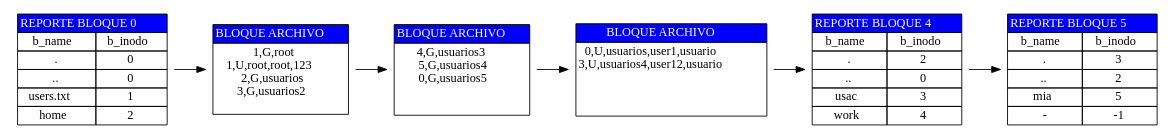
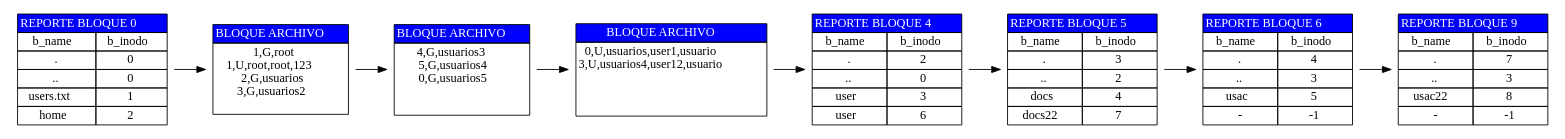
The diagram in server/src/salida/block.dot (miguel-tubac/MIA_1S2025_P1_202101927), drawn with Graphviz before and after one commit. The commit also changed 15 other files, not shown here.

```diff
--- a/server/src/salida/block.dot
+++ b/server/src/salida/block.dot
@@ -1,45 +1,63 @@
 digraph G {
 	rankdir=LR;
 	node [shape=plaintext]
 	bloque0 [label=<
 							<table border="0" cellborder="1" cellspacing="0">
 							<tr><td colspan="2" bgcolor="#0000FF"><font color="white"> REPORTE BLOQUE 0 </font></td></tr>
 	<tr><td>b_name</td><td>b_inodo</td></tr>
 	<tr><td>.</td><td>0</td></tr>
 	<tr><td>..</td><td>0</td></tr>
 	<tr><td>users.txt</td><td>1</td></tr>
 	<tr><td>home</td><td>2</td></tr>	</table>>];
 bloque1 [label=<
 					<table border="0" cellborder="1" cellspacing="0">
 		<tr><td colspan="2" bgcolor="#0000FF"><font color="white"> BLOQUE ARCHIVO </font></td></tr>
 		<tr><td colspan="2"> 1,G,root<br/>1,U,root,root,123<br/>2,G,usuarios<br/>3,G,usuarios2<br/> </td></tr>	</table>>];
 bloque2 [label=<
 					<table border="0" cellborder="1" cellspacing="0">
 		<tr><td colspan="2" bgcolor="#0000FF"><font color="white"> BLOQUE ARCHIVO </font></td></tr>
 		<tr><td colspan="2"> 4,G,usuarios3<br/>5,G,usuarios4<br/>0,G,usuarios5<br/><br/> </td></tr>	</table>>];
 bloque3 [label=<
 					<table border="0" cellborder="1" cellspacing="0">
 		<tr><td colspan="2" bgcolor="#0000FF"><font color="white"> BLOQUE ARCHIVO </font></td></tr>
 		<tr><td colspan="2"> 0,U,usuarios,user1,usuario<br/>3,U,usuarios4,user12,usuario<br/><br/><br/> </td></tr>	</table>>];
 bloque4 [label=<
 							<table border="0" cellborder="1" cellspacing="0">
 							<tr><td colspan="2" bgcolor="#0000FF"><font color="white"> REPORTE BLOQUE 4 </font></td></tr>
 	<tr><td>b_name</td><td>b_inodo</td></tr>
 	<tr><td>.</td><td>2</td></tr>
 	<tr><td>..</td><td>0</td></tr>
-	<tr><td>usac</td><td>3</td></tr>
-	<tr><td>work</td><td>4</td></tr>	</table>>];
+	<tr><td>user</td><td>3</td></tr>
+	<tr><td>user</td><td>6</td></tr>	</table>>];
 bloque5 [label=<
 							<table border="0" cellborder="1" cellspacing="0">
 							<tr><td colspan="2" bgcolor="#0000FF"><font color="white"> REPORTE BLOQUE 5 </font></td></tr>
 	<tr><td>b_name</td><td>b_inodo</td></tr>
 	<tr><td>.</td><td>3</td></tr>
 	<tr><td>..</td><td>2</td></tr>
-	<tr><td>mia</td><td>5</td></tr>
+	<tr><td>docs</td><td>4</td></tr>
+	<tr><td>docs22</td><td>7</td></tr>	</table>>];
+bloque6 [label=<
+							<table border="0" cellborder="1" cellspacing="0">
+							<tr><td colspan="2" bgcolor="#0000FF"><font color="white"> REPORTE BLOQUE 6 </font></td></tr>
+	<tr><td>b_name</td><td>b_inodo</td></tr>
+	<tr><td>.</td><td>4</td></tr>
+	<tr><td>..</td><td>3</td></tr>
+	<tr><td>usac</td><td>5</td></tr>
+	<tr><td>-</td><td>-1</td></tr>	</table>>];
+bloque9 [label=<
+							<table border="0" cellborder="1" cellspacing="0">
+							<tr><td colspan="2" bgcolor="#0000FF"><font color="white"> REPORTE BLOQUE 9 </font></td></tr>
+	<tr><td>b_name</td><td>b_inodo</td></tr>
+	<tr><td>.</td><td>7</td></tr>
+	<tr><td>..</td><td>3</td></tr>
+	<tr><td>usac22</td><td>8</td></tr>
 	<tr><td>-</td><td>-1</td></tr>	</table>>];
 bloque0 -> bloque1
 bloque1 -> bloque2
 bloque2 -> bloque3
 bloque3 -> bloque4
 bloque4 -> bloque5
+bloque5 -> bloque6
+bloque6 -> bloque9
 }
```
